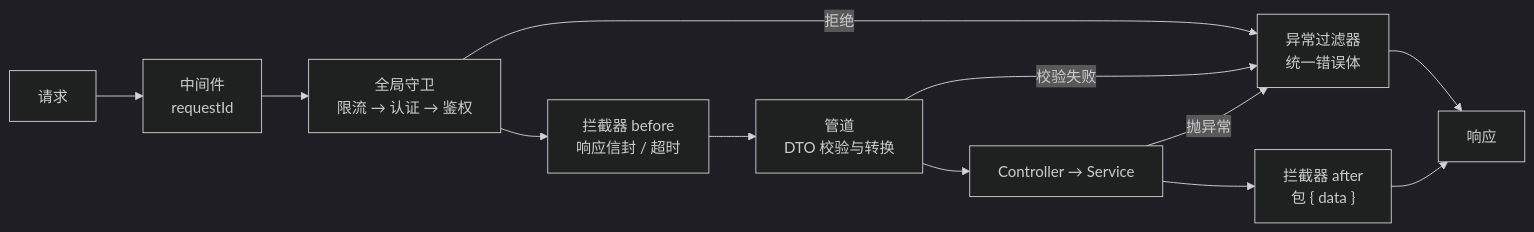
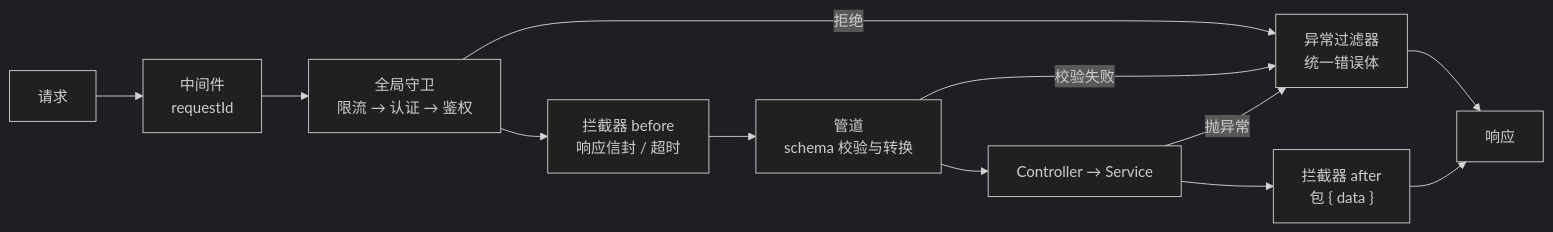
Before and after one commit to flylea/notes: the diagram in docs/nest/book/ch-12-项目一会议室/12.03-项目骨架与工程约定.md, drawn with Mermaid (dark theme). The commit also changed other lines of this file and 84 other files, not shown here.

First line of the commit message:
refactor(nest): migrate validation from class-validator to Standard Schema (zod 4)

````diff
--- a/docs/nest/book/ch-12-项目一会议室/12.03-项目骨架与工程约定.md
+++ b/docs/nest/book/ch-12-项目一会议室/12.03-项目骨架与工程约定.md
@@ -320,14 +322,14 @@
 ```mermaid
 flowchart LR
   A["请求"] --> B["中间件<br/>requestId"]
   B --> C["全局守卫<br/>限流 → 认证 → 鉴权"]
   C -->|"拒绝"| F["异常过滤器<br/>统一错误体"]
   C --> D["拦截器 before<br/>响应信封 / 超时"]
-  D --> E["管道<br/>DTO 校验与转换"]
+  D --> E["管道<br/>schema 校验与转换"]
   E -->|"校验失败"| F
   E --> G["Controller → Service"]
   G -->|"抛异常"| F
   G --> H["拦截器 after<br/>包 { data }"]
   H --> I["响应"]
   F --> I
 ```
````
